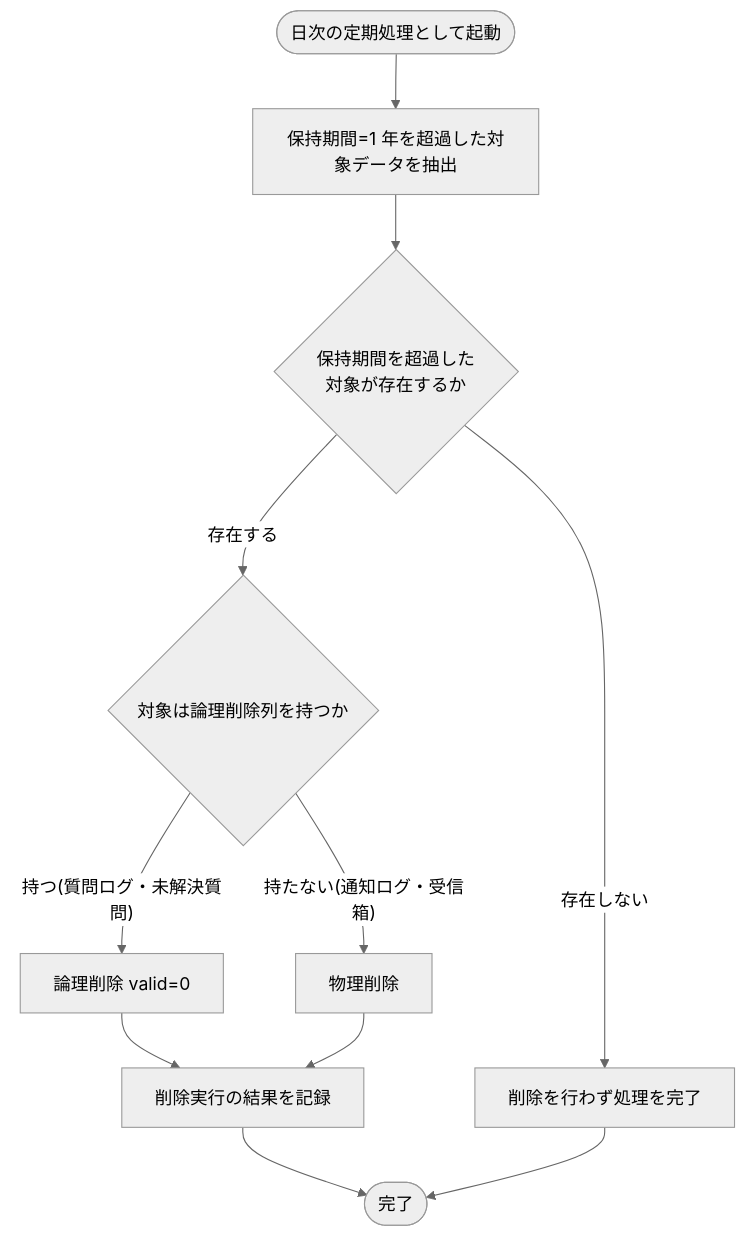
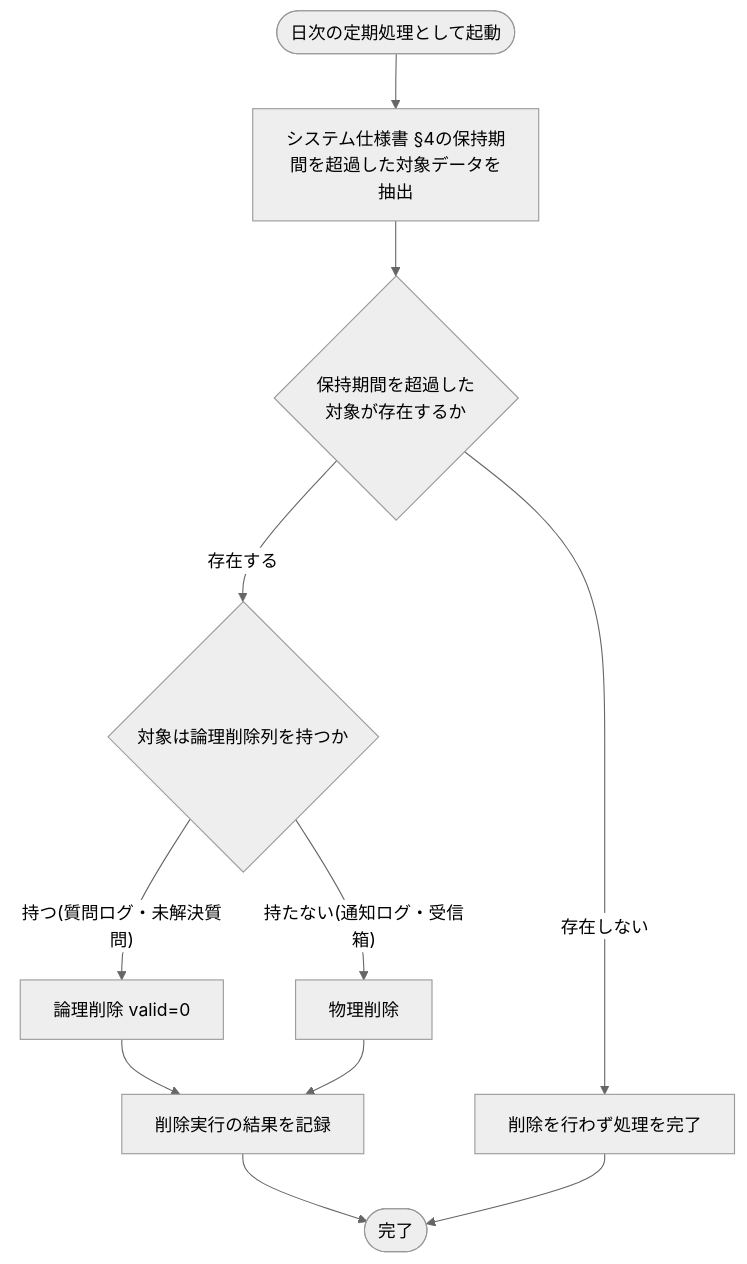
The diagram in 02_basic_design/02_backend/01_system/SYS-032.md (sikakou54/open-faq), drawn with Mermaid (neutral theme) before and after one commit. The commit also changed other lines of this file and 446 other files, not shown here.

````diff
--- a/02_basic_design/02_backend/01_system/SYS-032.md
+++ b/02_basic_design/02_backend/01_system/SYS-032.md
@@ -38,13 +35,13 @@
 ```mermaid
 flowchart TB
-  S([日次の定期処理として起動]) --> A[保持期間=1 年を超過した対象データを抽出]
+  S([日次の定期処理として起動]) --> A[システム仕様書 §4の保持期間を超過した対象データを抽出]
   A --> B{保持期間を超過した<br/>対象が存在するか}
   B -- 存在する --> C{対象は論理削除列を持つか}
   C -- 持つ(質問ログ・未解決質問) --> D[論理削除 valid=0]
   C -- 持たない(通知ログ・受信箱) --> E[物理削除]
   D --> F[削除実行の結果を記録]
   E --> F
   F --> G([完了])
   B -- 存在しない --> H[削除を行わず処理を完了]
   H --> G
 ```
````
